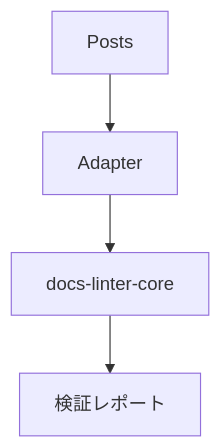
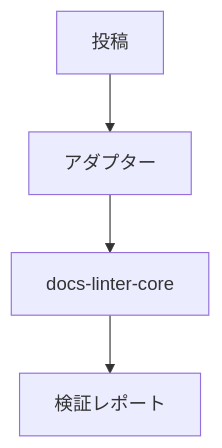
The sixth of 9 diagrams in docsMod/in_wordpress.md (stein2nd/docs-linter), drawn with Mermaid before and after one commit. The commit also changed other lines of this file, not shown here.

````diff
--- a/docsMod/in_wordpress.md
+++ b/docsMod/in_wordpress.md
@@ -195,6 +195,6 @@
 ```mermaid
 flowchart TD
-  A["Posts"] --> B["Adapter"]
+  A["投稿"] --> B["アダプター"]
   B --> C["`docs-linter-core`"]
   C --> D["検証レポート"]
 ```
````
